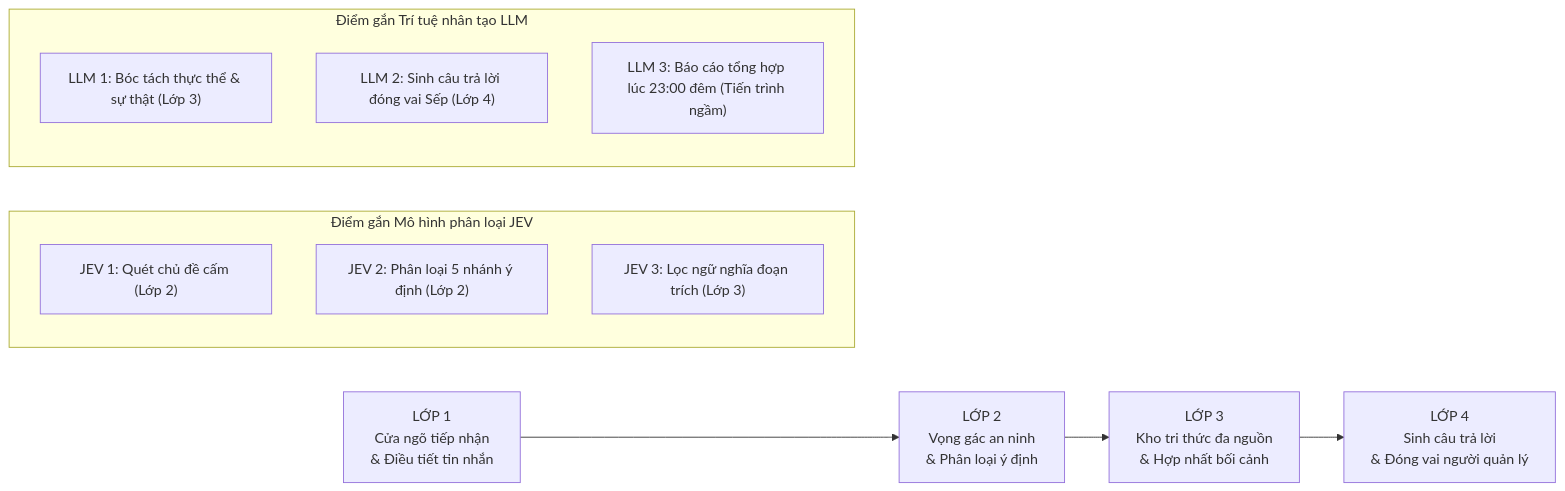
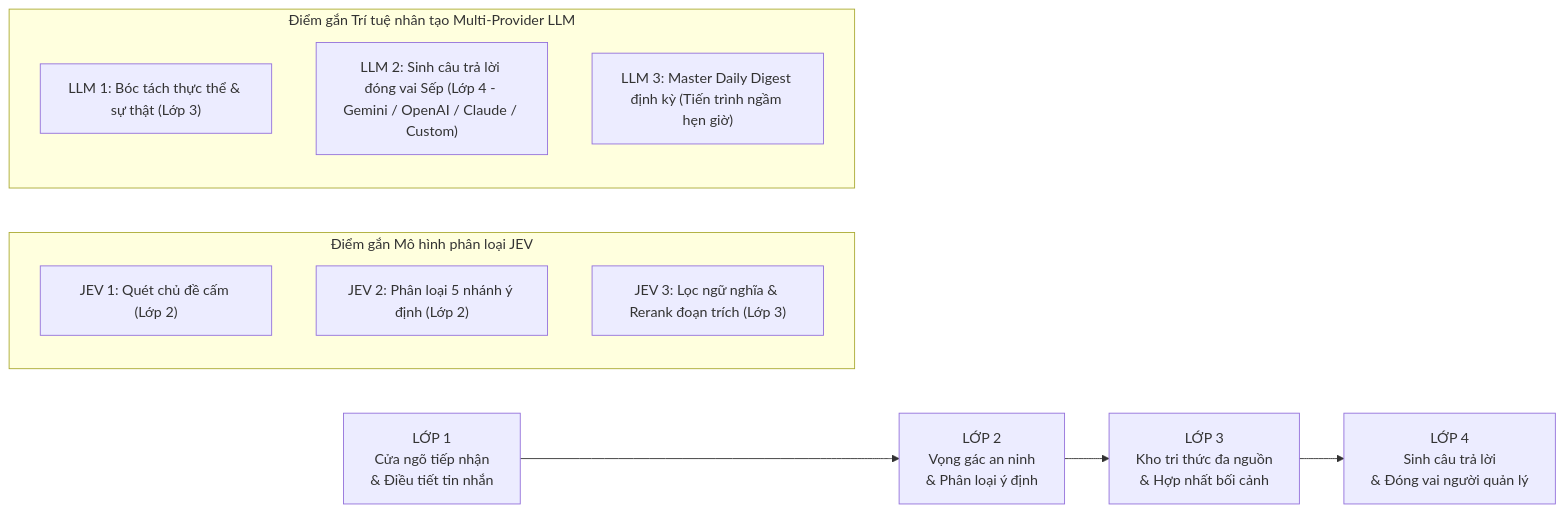
The diagram in server/docs/so_do_luong_hoat_dong_4_lop.md (tetsde/LarkAssistant), drawn with Mermaid before and after one commit. The commit also changed other lines of this file and 10 other files, not shown here.

Commit message:
docs: update system architecture documentation across 4 layers, LarkBase, and Onboarding

````diff
--- a/server/docs/so_do_luong_hoat_dong_4_lop.md
+++ b/server/docs/so_do_luong_hoat_dong_4_lop.md
@@ -21,18 +22,18 @@
 ```mermaid
 flowchart LR
     L1["LỚP 1<br/>Cửa ngõ tiếp nhận<br/>& Điều tiết tin nhắn"] --> L2["LỚP 2<br/>Vọng gác an ninh<br/>& Phân loại ý định"]
     L2 --> L3["LỚP 3<br/>Kho tri thức đa nguồn<br/>& Hợp nhất bối cảnh"]
     L3 --> L4["LỚP 4<br/>Sinh câu trả lời<br/>& Đóng vai người quản lý"]
 
     subgraph Dấu_mốc_JEV [Điểm gắn Mô hình phân loại JEV]
         J1["JEV 1: Quét chủ đề cấm (Lớp 2)"]
         J2["JEV 2: Phân loại 5 nhánh ý định (Lớp 2)"]
-        J3["JEV 3: Lọc ngữ nghĩa đoạn trích (Lớp 3)"]
+        J3["JEV 3: Lọc ngữ nghĩa & Rerank đoạn trích (Lớp 3)"]
     end
 
-    subgraph Dấu_mốc_LLM [Điểm gắn Trí tuệ nhân tạo LLM]
+    subgraph Dấu_mốc_LLM [Điểm gắn Trí tuệ nhân tạo Multi-Provider LLM]
         M1["LLM 1: Bóc tách thực thể & sự thật (Lớp 3)"]
-        M2["LLM 2: Sinh câu trả lời đóng vai Sếp (Lớp 4)"]
-        M3["LLM 3: Báo cáo tổng hợp lúc 23:00 đêm (Tiến trình ngầm)"]
+        M2["LLM 2: Sinh câu trả lời đóng vai Sếp (Lớp 4 - Gemini / OpenAI / Claude / Custom)"]
+        M3["LLM 3: Master Daily Digest định kỳ (Tiến trình ngầm hẹn giờ)"]
     end
 ```
````
